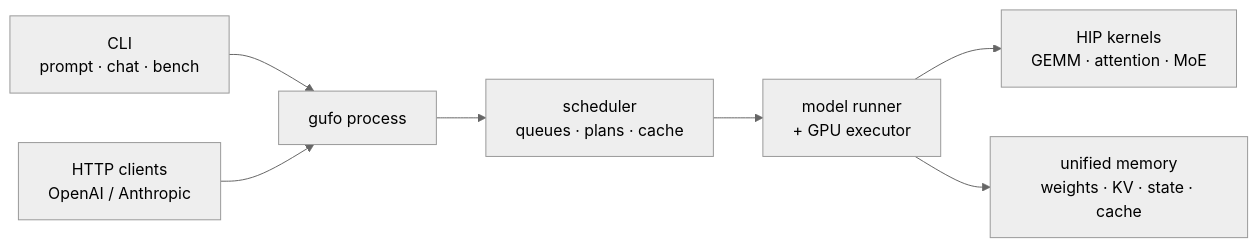
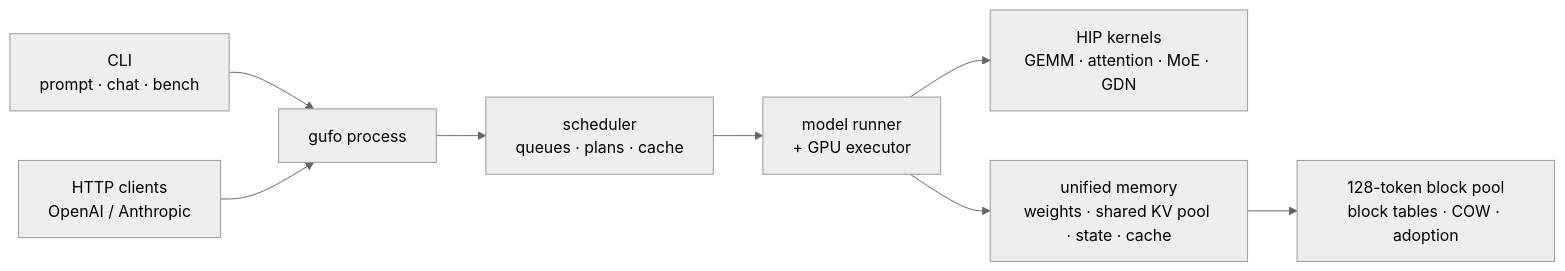
Before and after one commit to zugliebhaber/gufo: the fifth of 5 diagrams in README.md, drawn with Mermaid (neutral theme). The commit also changed other lines of this file and 49 other files, not shown here.

````diff
--- a/README.md
+++ b/README.md
@@ -205,9 +506,10 @@
 ```mermaid
 flowchart LR
     CLI["CLI<br/>prompt · chat · bench"] --> PROC["gufo process"]
     HTTP["HTTP clients<br/>OpenAI / Anthropic"] --> PROC
     PROC --> SCH["scheduler<br/>queues · plans · cache"]
     SCH --> RUN["model runner<br/>+ GPU executor"]
-    RUN --> KER["HIP kernels<br/>GEMM · attention · MoE"]
-    RUN --> MEM["unified memory<br/>weights · KV · state · cache"]
+    RUN --> KER["HIP kernels<br/>GEMM · attention · MoE · GDN"]
+    RUN --> MEM["unified memory<br/>weights · shared KV pool · state · cache"]
+    MEM --> POOL["128-token block pool<br/>block tables · COW · adoption"]
 ```
````
